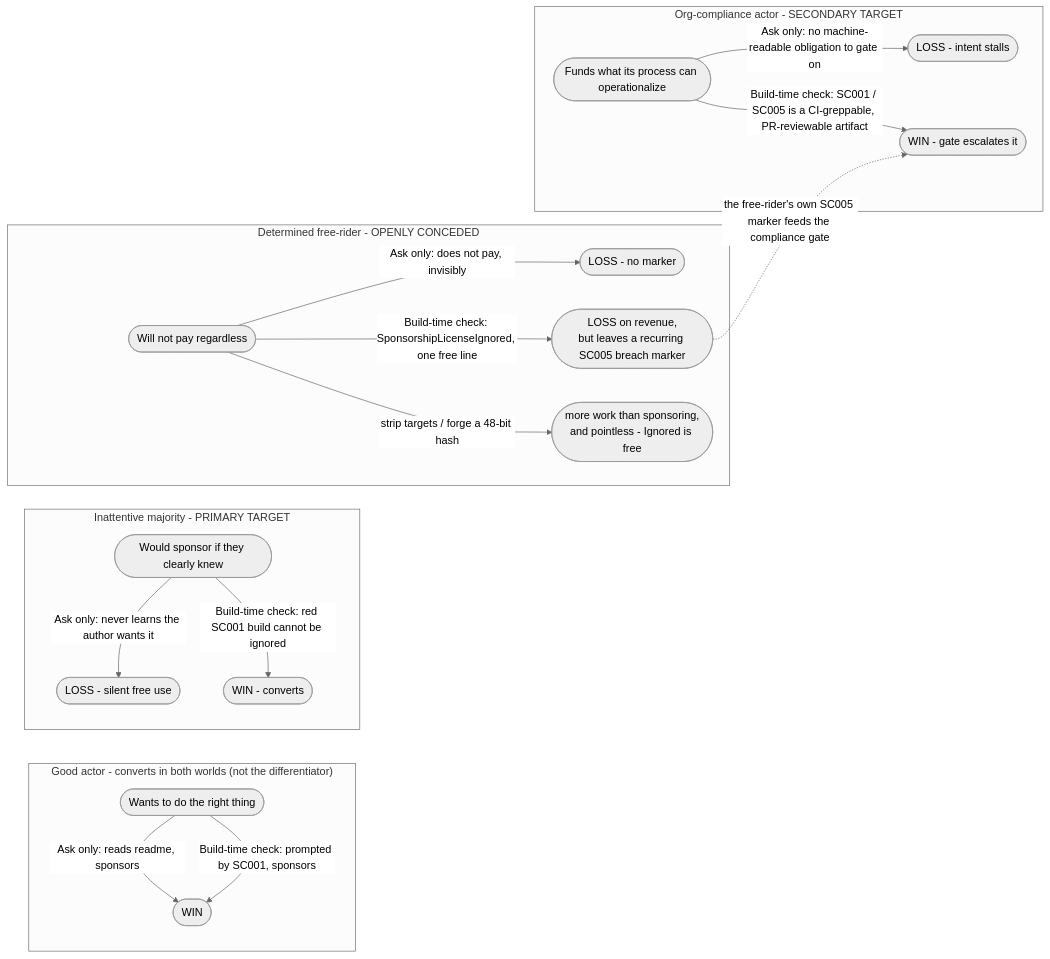
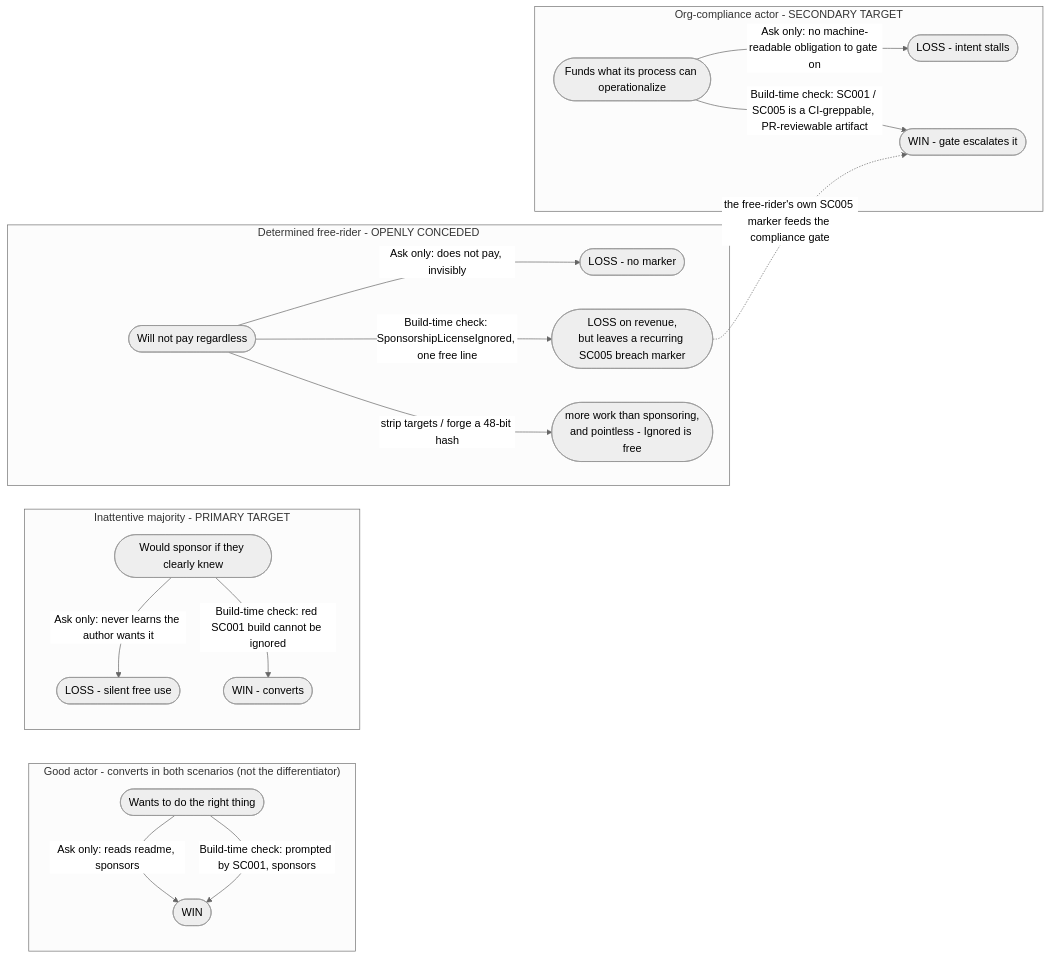
One commit to SimonCropp/SponsorCheck changed the fourth of 4 diagrams in docs/WhyBuildTimeVerification.md. Above: the diagram before and after it, drawn with Mermaid (neutral theme). The commit also changed other lines of this file, not shown here.

````diff
--- a/docs/WhyBuildTimeVerification.md
+++ b/docs/WhyBuildTimeVerification.md
@@ -162,29 +162,29 @@
 ```mermaid
 flowchart LR
-    subgraph Good["Good actor - converts in both worlds (not the differentiator)"]
+    subgraph Good["Good actor - converts in both scenarios (not the differentiator)"]
         G0(["Wants to do the right thing"])
         G0 -->|"Ask only: reads readme, sponsors"| GW(["WIN"])
         G0 -->|"Build-time check: prompted by SC001, sponsors"| GW
     end
 
     subgraph Inatt["Inattentive majority - PRIMARY TARGET"]
         I0(["Would sponsor if they clearly knew"])
         I0 -->|"Ask only: never learns the author wants it"| ILoss(["LOSS - silent free use"])
         I0 -->|"Build-time check: red SC001 build cannot be ignored"| IWin(["WIN - converts"])
     end
 
     subgraph Org["Org-compliance actor - SECONDARY TARGET"]
         O0(["Funds what its process can operationalize"])
         O0 -->|"Ask only: no machine-readable obligation to gate on"| OLoss(["LOSS - intent stalls"])
         O0 -->|"Build-time check: SC001 / SC005 is a CI-greppable, PR-reviewable artifact"| OWin(["WIN - gate escalates it"])
     end
 
     subgraph Free["Determined free-rider - OPENLY CONCEDED"]
         F0(["Will not pay regardless"])
         F0 -->|"Ask only: does not pay, invisibly"| FLoss(["LOSS - no marker"])
         F0 -->|"Build-time check: SponsorshipLicenseIgnored, one free line"| FIgn(["LOSS on revenue,<br/>but leaves a recurring SC005 breach marker"])
         F0 -->|"strip targets / forge a 48-bit hash"| FStrip(["more work than sponsoring,<br/>and pointless - Ignored is free"])
     end
 
     FIgn -.->|"the free-rider's own SC005 marker feeds the compliance gate"| OWin
 ```
````
